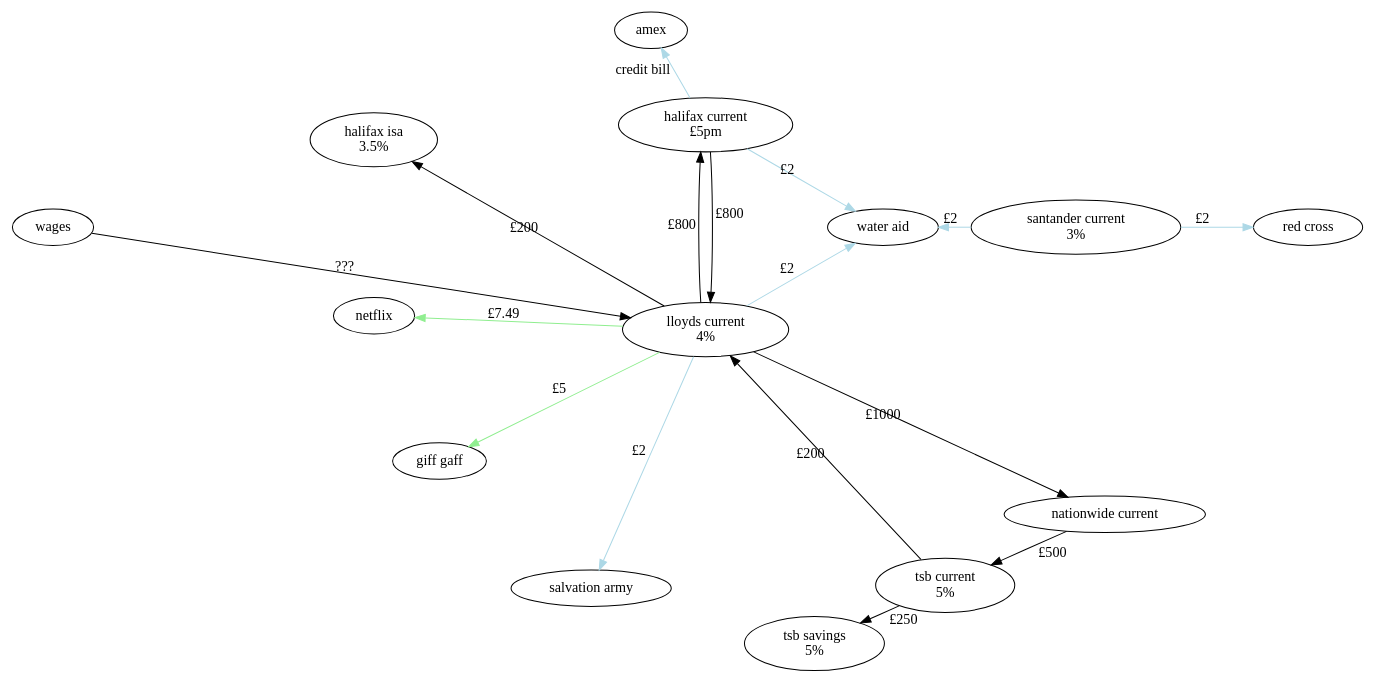
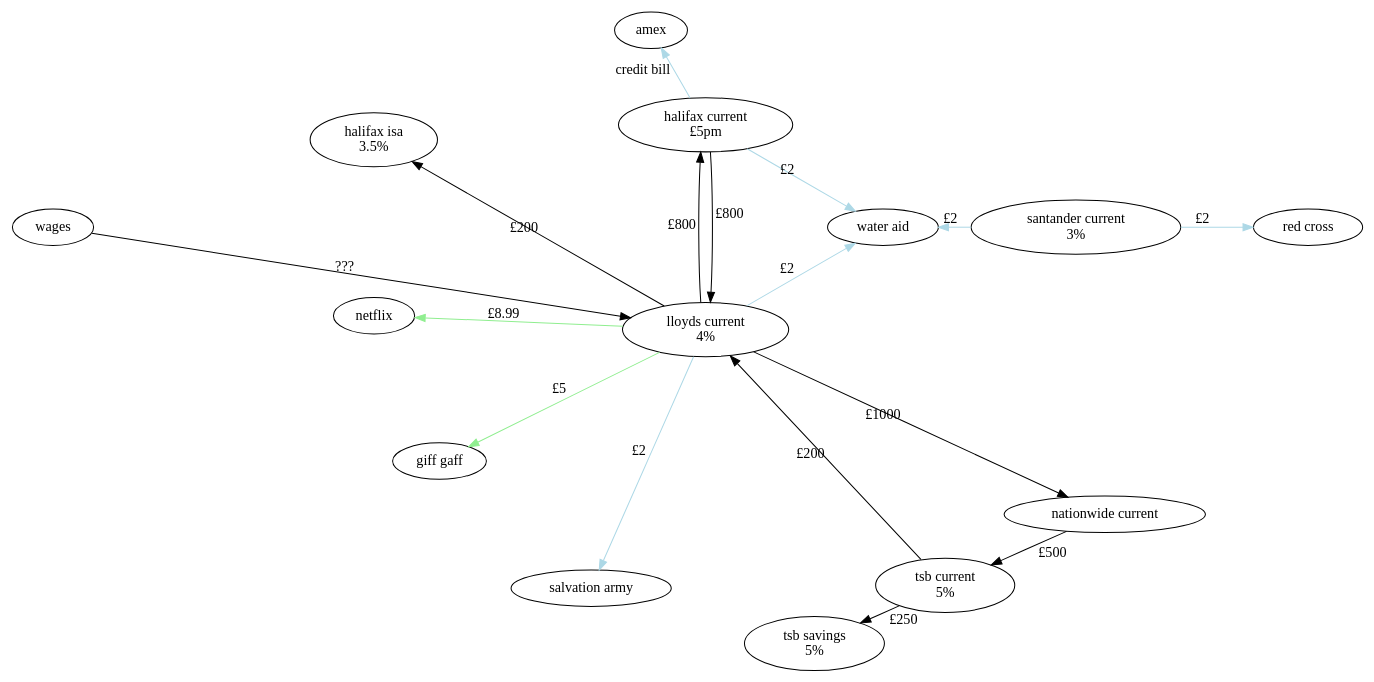
Before and after one commit to jsdelivrbot/bank-flow: the diagram in diagram.dot, drawn with Graphviz. The commit also changed 3 other files, not shown here.

```diff
--- a/diagram.dot
+++ b/diagram.dot
@@ -1,35 +1,35 @@
 digraph "bank-flow" {
   layout = circo
 
   wages [width="1"];
   lloydsCurrent [label="lloyds current\n4%"];
   tsbCurrent [label="tsb current\n5%"];
   tsbSavings [label="tsb savings\n5%"];
   halifaxCurrent [label="halifax current\n£5pm"];
   halifaxIsa [label="halifax isa\n3.5%"];
   netflix;
   giffGaff [label="giff gaff"];
   santander [label="santander current\n3%"];
   salvationArmy [label="salvation army"];
   waterAid [label="water aid"];
   amex;
   redCross [label="red cross"];
   nationwideCurrent [label="nationwide current"];
 
   santander -> waterAid [color="lightblue", label="£2"];
   santander -> redCross [color="lightblue", label="£2"];
   wages -> lloydsCurrent [label="???"];
-  lloydsCurrent -> netflix [color="lightgreen", label="£7.49"];
+  lloydsCurrent -> netflix [color="lightgreen", label="£8.99"];
   lloydsCurrent -> giffGaff [color="lightgreen", label="£5"];
   lloydsCurrent -> salvationArmy [color="lightblue", label="£2"];
   lloydsCurrent -> waterAid [color="lightblue", label="£2"];
   lloydsCurrent -> halifaxCurrent [label="£800"];
   lloydsCurrent -> nationwideCurrent [label="£1000"];
   nationwideCurrent -> tsbCurrent [label="£500"];
   halifaxCurrent -> lloydsCurrent [label="£800"];
   lloydsCurrent -> halifaxIsa [label="£200"];
   tsbCurrent -> tsbSavings [label="£250"];
   tsbCurrent -> lloydsCurrent [label="£200"];
   halifaxCurrent -> waterAid [color="lightblue", label="£2"];
   halifaxCurrent -> amex [color="lightblue", label="credit bill"];
 }
```
